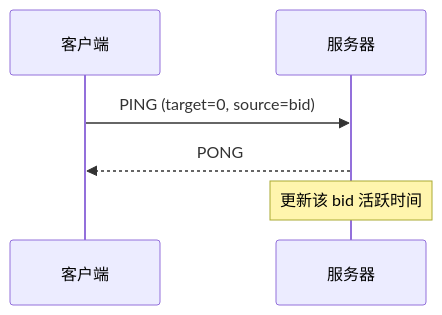
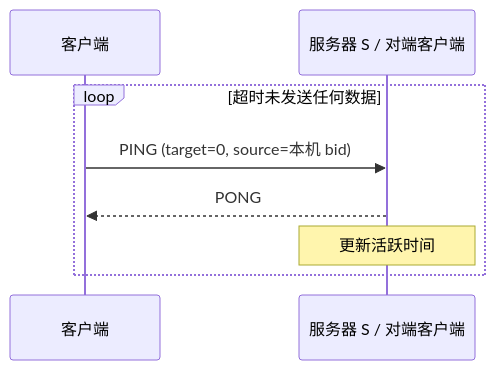
The sixth of 6 diagrams in docs/design-workflow.md (moky/magpie), drawn with Mermaid before and after one commit. The commit also changed other lines of this file and 7 other files, not shown here.

````diff
--- a/docs/design-workflow.md
+++ b/docs/design-workflow.md
@@ -123,8 +170,11 @@
 ```mermaid
 sequenceDiagram
     participant C as 客户端
-    participant S as 服务器
-    C->>S: PING (target=0, source=bid)
-    S-->>C: PONG
-    Note over S: 更新该 bid 活跃时间
+    participant S as 服务器 S / 对端客户端
+
+    loop 超时未发送任何数据
+        C->>S: PING (target=0, source=本机 bid)
+        S-->>C: PONG
+        Note over S: 更新活跃时间
+    end
 ```
````
